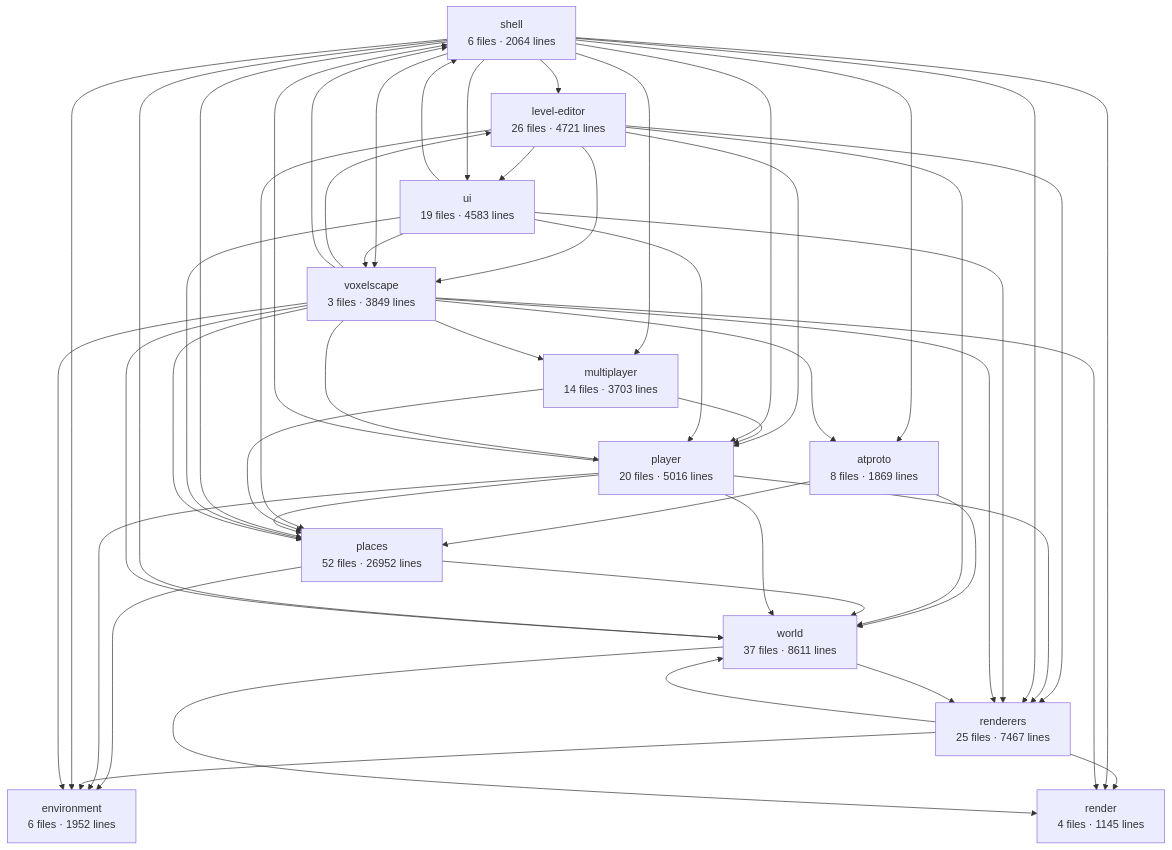
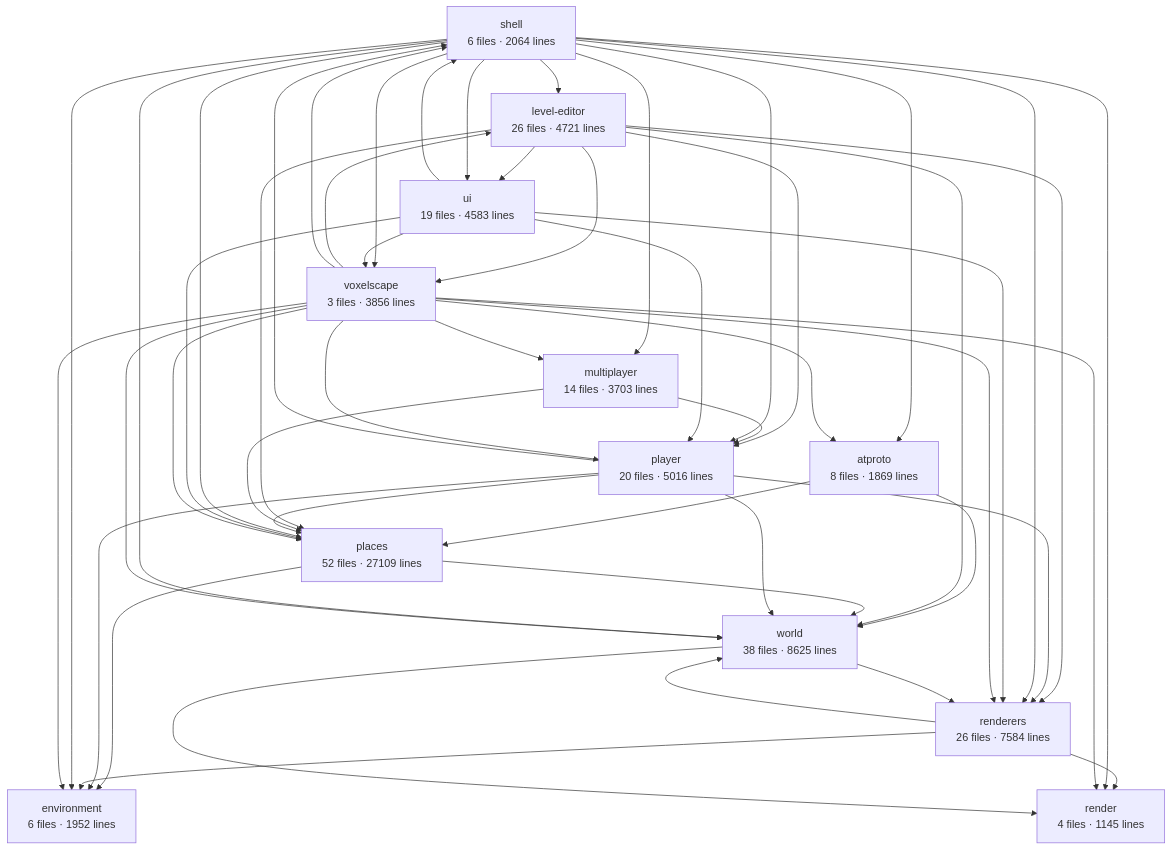
Before and after one commit to big-mesh-studios/big-mesh-studios: the diagram in apps/voxelscape/docs/architecture.md, drawn with Mermaid. The commit also changed other lines of this file and 24 other files, not shown here.

````diff
--- a/apps/voxelscape/docs/architecture.md
+++ b/apps/voxelscape/docs/architecture.md
@@ -6,63 +6,63 @@
 ```mermaid
 graph TD
   shell["shell<br/>6 files · 2064 lines"]
-  voxelscape["voxelscape<br/>3 files · 3849 lines"]
-  world["world<br/>37 files · 8611 lines"]
-  renderers["renderers<br/>25 files · 7467 lines"]
+  voxelscape["voxelscape<br/>3 files · 3856 lines"]
+  world["world<br/>38 files · 8625 lines"]
+  renderers["renderers<br/>26 files · 7584 lines"]
   render["render<br/>4 files · 1145 lines"]
   player["player<br/>20 files · 5016 lines"]
   multiplayer["multiplayer<br/>14 files · 3703 lines"]
-  places["places<br/>52 files · 26952 lines"]
+  places["places<br/>52 files · 27109 lines"]
   environment["environment<br/>6 files · 1952 lines"]
   atproto["atproto<br/>8 files · 1869 lines"]
   ui["ui<br/>19 files · 4583 lines"]
   level-editor["level-editor<br/>26 files · 4721 lines"]
   atproto --> places
   atproto --> world
   level-editor --> places
   level-editor --> player
   level-editor --> renderers
   level-editor --> ui
   level-editor --> voxelscape
   level-editor --> world
   multiplayer --> places
   multiplayer --> player
   places --> environment
   places --> world
   player --> environment
   player --> places
   player --> renderers
   player --> shell
   player --> world
   renderers --> environment
   renderers --> render
   renderers --> world
   shell --> atproto
   shell --> environment
   shell --> level-editor
   shell --> multiplayer
   shell --> places
   shell --> player
   shell --> render
   shell --> renderers
   shell --> ui
   shell --> voxelscape
   shell --> world
   ui --> places
   ui --> player
   ui --> renderers
   ui --> shell
   ui --> voxelscape
   voxelscape --> atproto
   voxelscape --> environment
   voxelscape --> level-editor
   voxelscape --> multiplayer
   voxelscape --> places
   voxelscape --> player
   voxelscape --> render
   voxelscape --> renderers
   voxelscape --> shell
   voxelscape --> world
   world --> render
   world --> renderers
 ```
````
